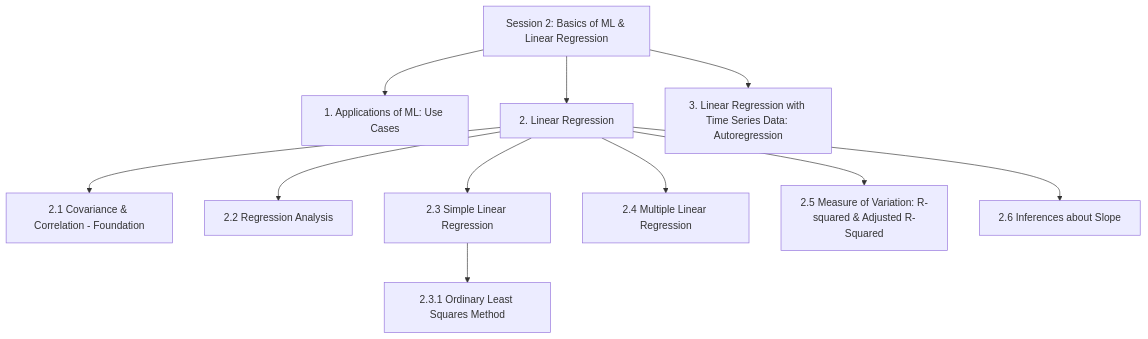
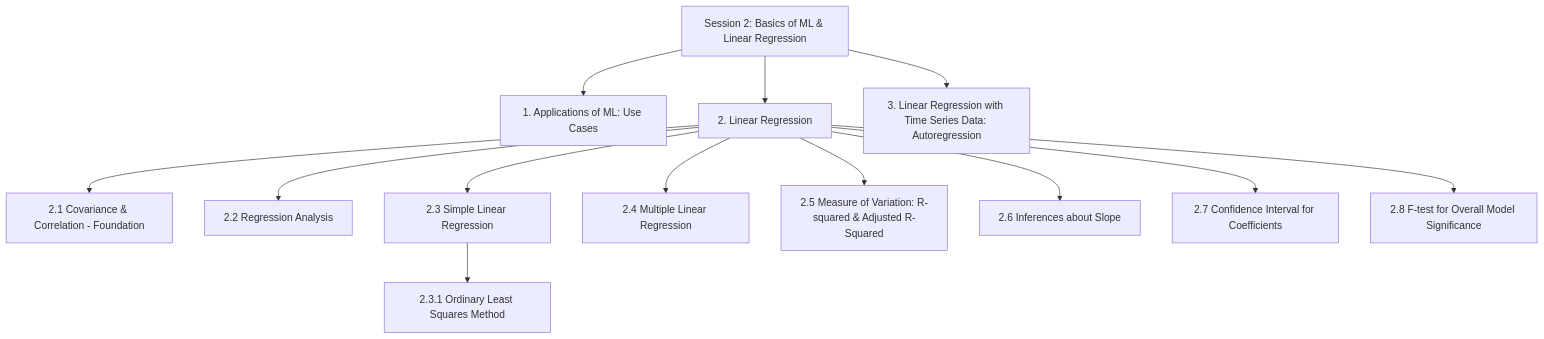
The first of 10 diagrams in semester-1/05-supervised-ml-regression/notes/02-linear-regression.md (mhd-riaz/data-scientist-roadmap), drawn with Mermaid before and after one commit. The commit also changed other lines of this file and 1 other file, not shown here.

````diff
--- a/semester-1/05-supervised-ml-regression/notes/02-linear-regression.md
+++ b/semester-1/05-supervised-ml-regression/notes/02-linear-regression.md
@@ -8,13 +8,15 @@
 ```mermaid
 flowchart TD
     S2[Session 2: Basics of ML & Linear Regression] --> P1[1. Applications of ML: Use Cases]
     S2 --> P2[2. Linear Regression]
     S2 --> P3[3. Linear Regression with Time Series Data: Autoregression]
     P2 --> C21[2.1 Covariance & Correlation - Foundation]
     P2 --> C22[2.2 Regression Analysis]
     P2 --> C23[2.3 Simple Linear Regression]
     C23 --> C231[2.3.1 Ordinary Least Squares Method]
     P2 --> C24[2.4 Multiple Linear Regression]
     P2 --> C25[2.5 Measure of Variation: R-squared & Adjusted R-Squared]
     P2 --> C26[2.6 Inferences about Slope]
+    P2 --> C27[2.7 Confidence Interval for Coefficients]
+    P2 --> C28[2.8 F-test for Overall Model Significance]
 ```
````
